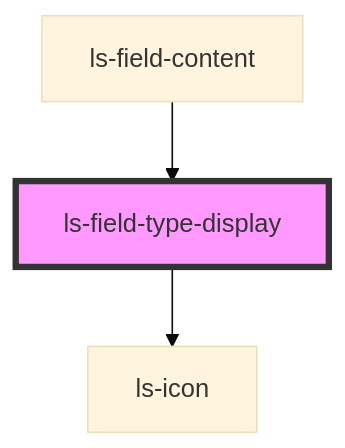
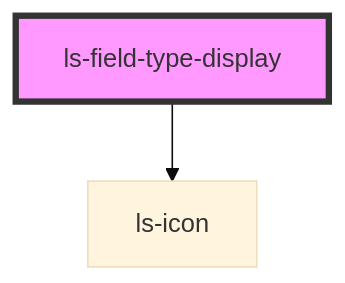
Before and after one commit to legalesign/ls-document-viewer: the diagram in src/components/ls-field-type-display/readme.md, drawn with Mermaid (base theme). The commit also changed other lines of this file and 30 other files, not shown here.

First line of the commit message:
Add switch field type

````diff
--- a/src/components/ls-field-type-display/readme.md
+++ b/src/components/ls-field-type-display/readme.md
@@ -27,6 +23,5 @@
 ```mermaid
 graph TD;
   ls-field-type-display --> ls-icon
-  ls-field-content --> ls-field-type-display
   style ls-field-type-display fill:#f9f,stroke:#333,stroke-width:4px
 ```
````
